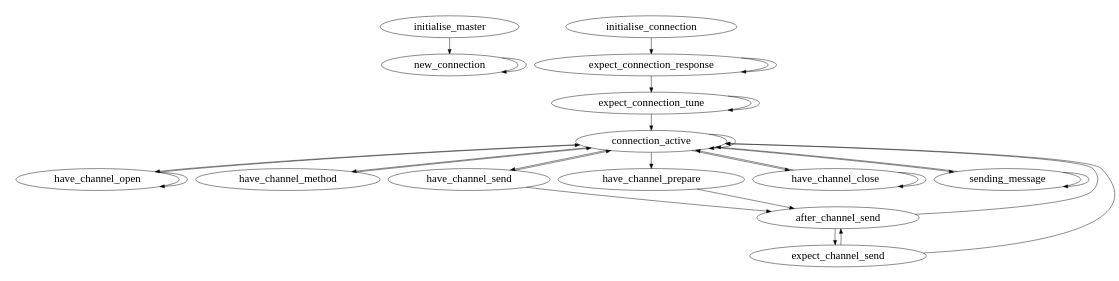
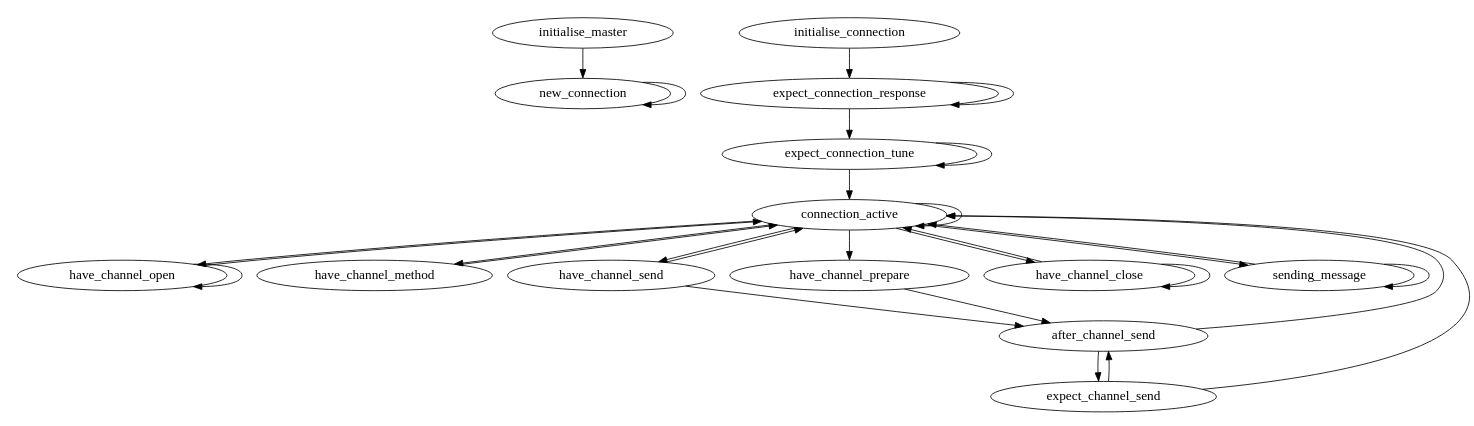
Before and after one commit to imatix/openamq: the diagram in doc/amq_server_agent.dot, drawn with Graphviz. The commit also changed 6 other files, not shown here.

```diff
--- a/doc/amq_server_agent.dot
+++ b/doc/amq_server_agent.dot
@@ -1,36 +1,36 @@
 digraph ServerAgent {
-    size = "8,11";
-    node [fontsize=24];
+    size = "10.6,11";
+    node [fontsize=16];
     subgraph master {
         initialise_master -> new_connection;
         new_connection -> new_connection;
     }
     subgraph client {
         initialise_connection -> expect_connection_response;
         expect_connection_response -> expect_connection_tune;
         expect_connection_response -> expect_connection_response;
         expect_connection_tune -> expect_connection_tune;
         expect_connection_tune -> connection_active;
         connection_active -> connection_active;
         connection_active -> have_channel_open;
         connection_active -> have_channel_method;
         connection_active -> have_channel_send;
         connection_active -> have_channel_prepare;
         connection_active -> have_channel_close;
         connection_active -> sending_message;
         have_channel_open -> connection_active;
         have_channel_open -> have_channel_open;
         have_channel_method -> connection_active;
         have_channel_send -> after_channel_send;
         have_channel_send -> connection_active;
         after_channel_send -> expect_channel_send;
         after_channel_send -> connection_active;
         expect_channel_send -> after_channel_send;
         expect_channel_send -> connection_active;
         have_channel_prepare -> after_channel_send;
         have_channel_close -> have_channel_close;
         have_channel_close -> connection_active;
         sending_message -> sending_message;
         sending_message -> connection_active;
     }
 }
```
